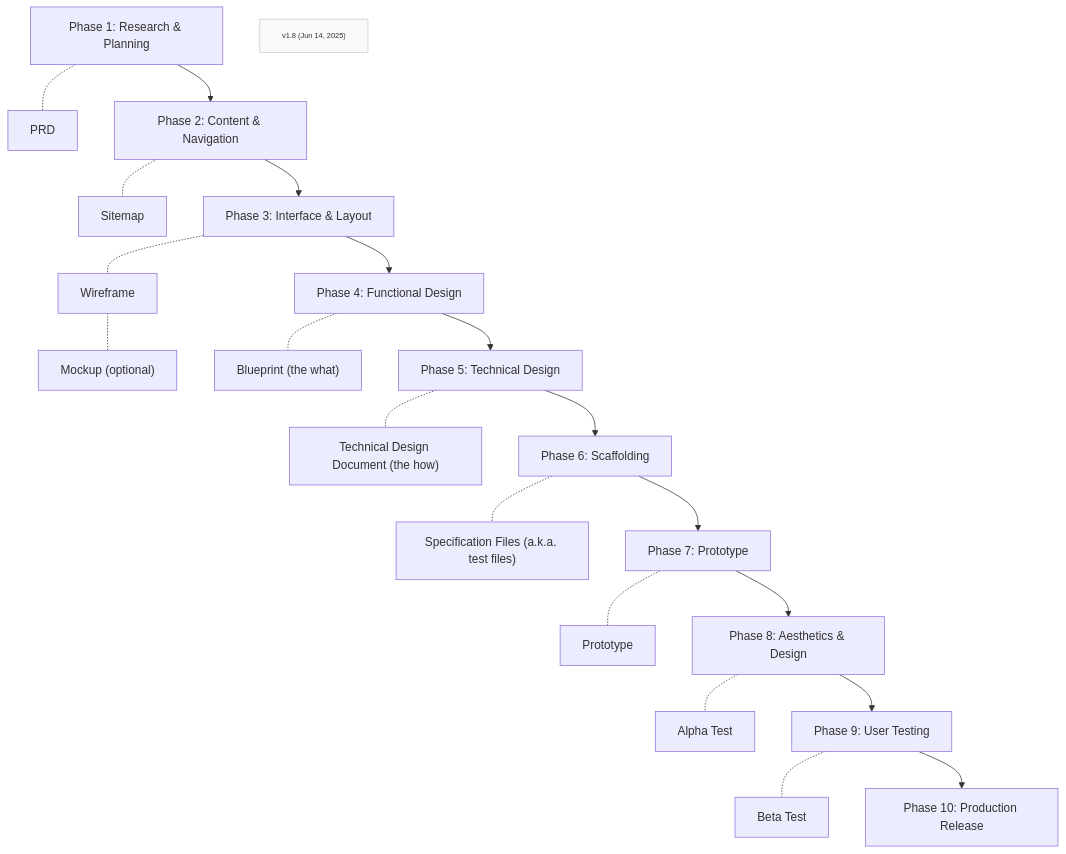
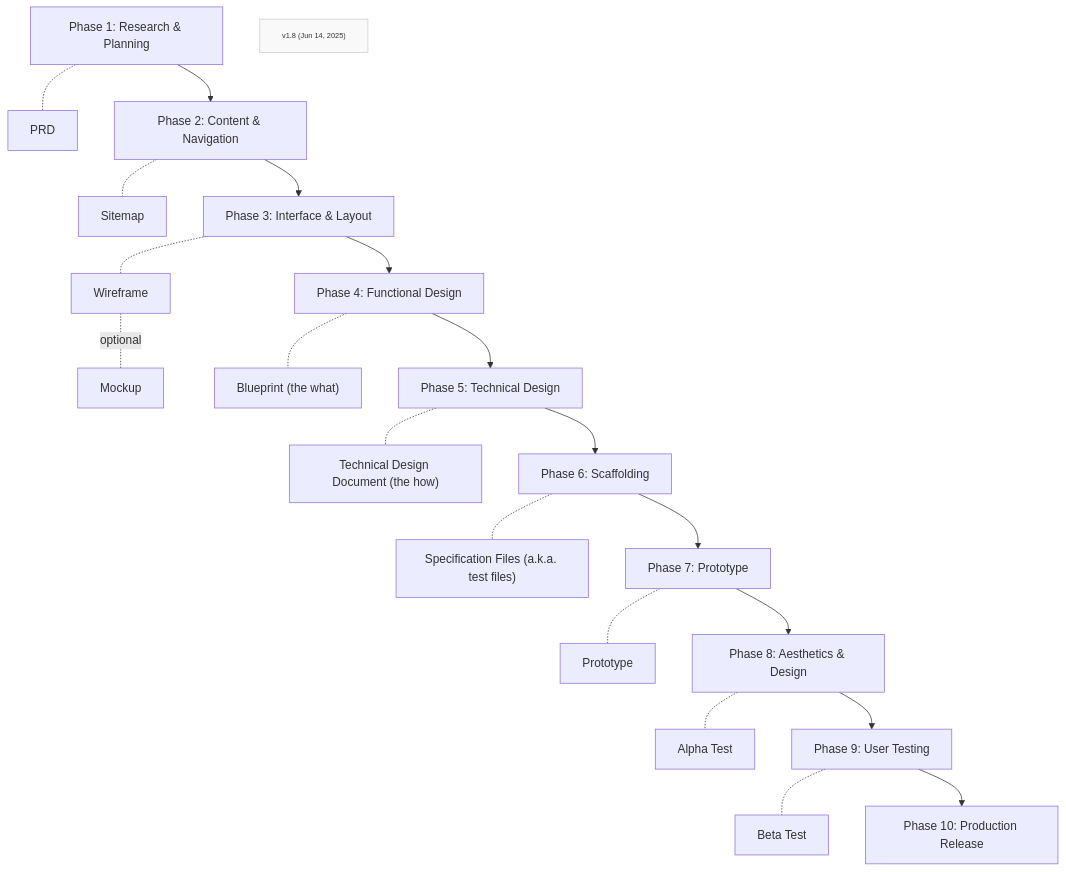
Before and after one commit to Mharbulous/Front-First-Method: the first of 2 diagrams in Phases/FF-overview.md, drawn with Mermaid.

````diff
--- a/Phases/FF-overview.md
+++ b/Phases/FF-overview.md
@@ -1,26 +1,26 @@
 ```mermaid
 graph TD
     Phase1["Phase 1: Research & Planning"] -.- PRD["PRD"]
     Phase1 --> Phase2["Phase 2: Content & Navigation"]
     Phase2 -.- Sitemap["Sitemap"]
     Phase2 --> Phase3["Phase 3: Interface & Layout"]
     Phase3 -.- Wireframe["Wireframe"]
-    Wireframe -.- Mockup["Mockup (optional)"]
+    Wireframe -.- |optional|Mockup["Mockup"]
     Phase3 --> Phase4["Phase 4: Functional Design"]
     Phase4 -.- Blueprint["Blueprint (the what)"]
     Phase4 --> Phase5["Phase 5: Technical Design"]
     Phase5 -.- TechDesign["Technical Design Document (the how)"]
     Phase5 --> Phase6["Phase 6: Scaffolding"]
     Phase6 -.- Specs["Specification Files (a.k.a. test files)"]
     Phase6 --> Phase7["Phase 7: Prototype"]
     Phase7 -.- Prototype["Prototype"]
     Phase7 --> Phase8["Phase 8: Aesthetics & Design"]
     Phase8 -.- Alpha["Alpha Test"]
     Phase8 --> Phase9["Phase 9: User Testing"]
     Phase9 -.- Beta["Beta Test"]
     Phase9 --> Phase10["Phase 10: Production Release"]
 
     VersionInfo["v1.8 (Jun 14, 2025)"]
     classDef version fill:#f9f9f9,stroke:#ccc,font-size:10px;
     class VersionInfo version
 ```
````
